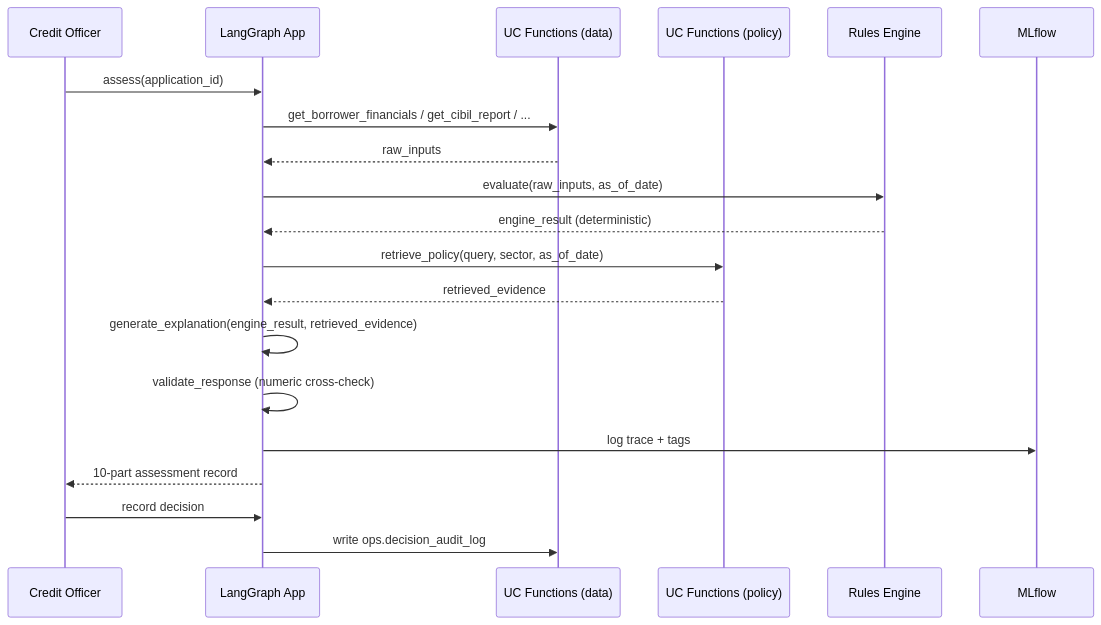
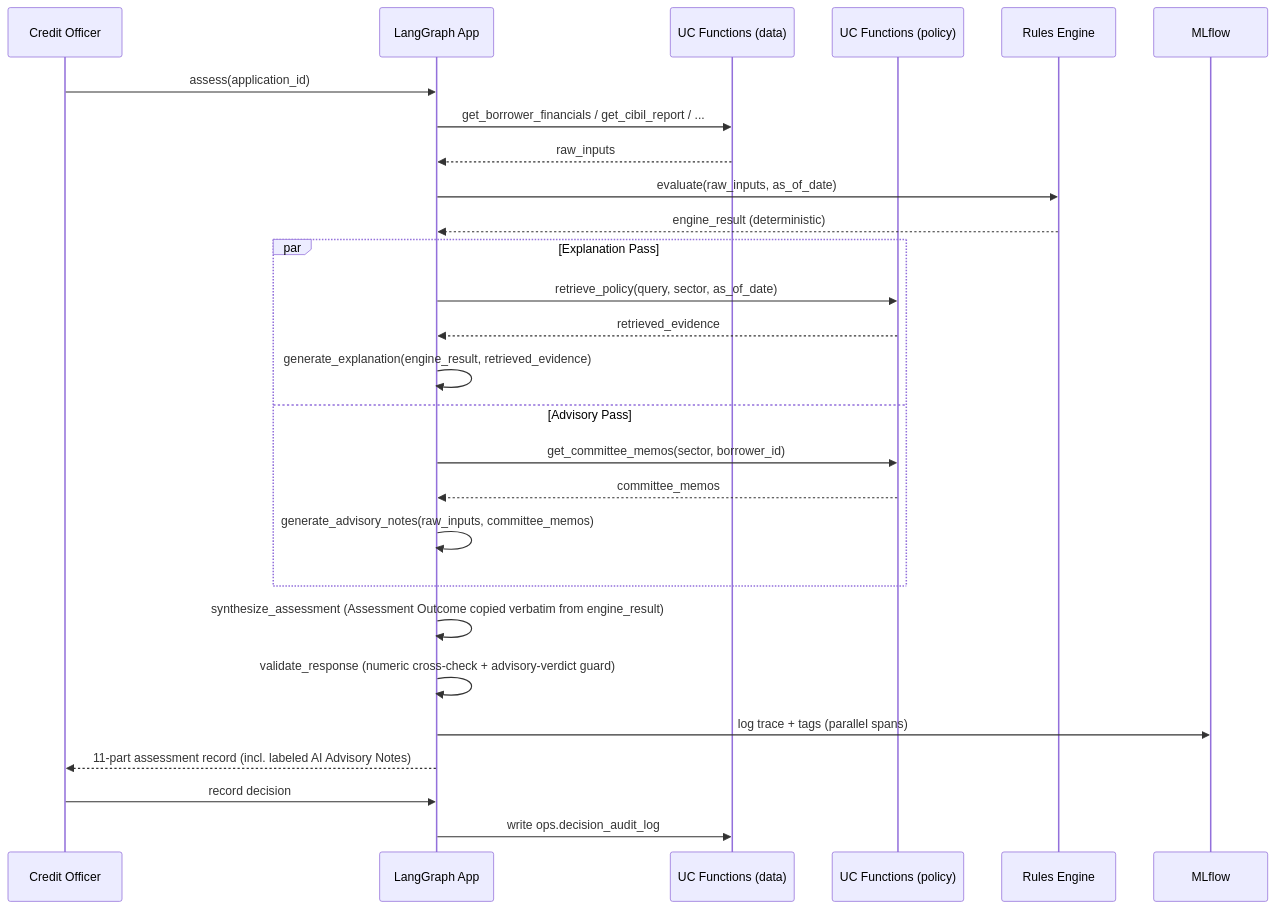
The second of 2 diagrams in Phased Implementation Plan & LLD.md (Gaurav1090/RAG-Project), drawn with Mermaid before and after one commit. The commit also changed other lines of this file and 1 other file, not shown here.

First line of the commit message:
Fix doc-edit artifacts and update plan for two-pass agent design

````diff
--- a/Phased Implementation Plan & LLD.md
+++ b/Phased Implementation Plan & LLD.md
@@ -311,23 +331,32 @@
 ```mermaid
 sequenceDiagram
     participant RM as Credit Officer
     participant Agent as LangGraph App
     participant Data as UC Functions (data)
     participant Pol as UC Functions (policy)
     participant Eng as Rules Engine
     participant MLF as MLflow
 
     RM->>Agent: assess(application_id)
     Agent->>Data: get_borrower_financials / get_cibil_report / ...
     Data-->>Agent: raw_inputs
     Agent->>Eng: evaluate(raw_inputs, as_of_date)
     Eng-->>Agent: engine_result (deterministic)
-    Agent->>Pol: retrieve_policy(query, sector, as_of_date)
-    Pol-->>Agent: retrieved_evidence
-    Agent->>Agent: generate_explanation(engine_result, retrieved_evidence)
-    Agent->>Agent: validate_response (numeric cross-check)
-    Agent->>MLF: log trace + tags
-    Agent-->>RM: 10-part assessment record
+
+    par Explanation Pass
+        Agent->>Pol: retrieve_policy(query, sector, as_of_date)
+        Pol-->>Agent: retrieved_evidence
+        Agent->>Agent: generate_explanation(engine_result, retrieved_evidence)
+    and Advisory Pass
+        Agent->>Pol: get_committee_memos(sector, borrower_id)
+        Pol-->>Agent: committee_memos
+        Agent->>Agent: generate_advisory_notes(raw_inputs, committee_memos)
+    end
+
+    Agent->>Agent: synthesize_assessment (Assessment Outcome copied verbatim from engine_result)
+    Agent->>Agent: validate_response (numeric cross-check + advisory-verdict guard)
+    Agent->>MLF: log trace + tags (parallel spans)
+    Agent-->>RM: 11-part assessment record (incl. labeled AI Advisory Notes)
     RM->>Agent: record decision
     Agent->>Data: write ops.decision_audit_log
 ```
````
